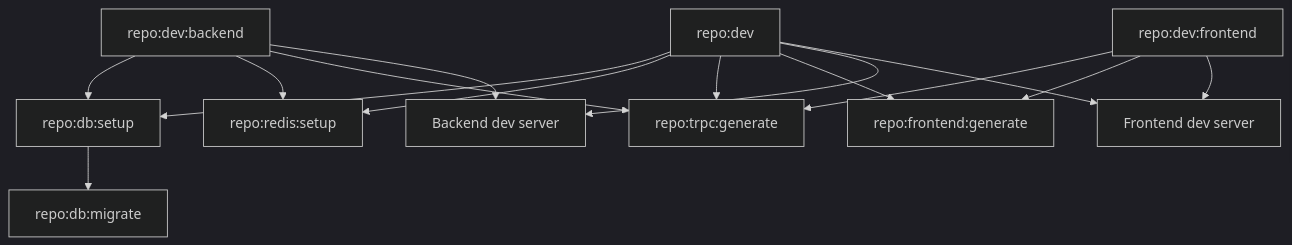
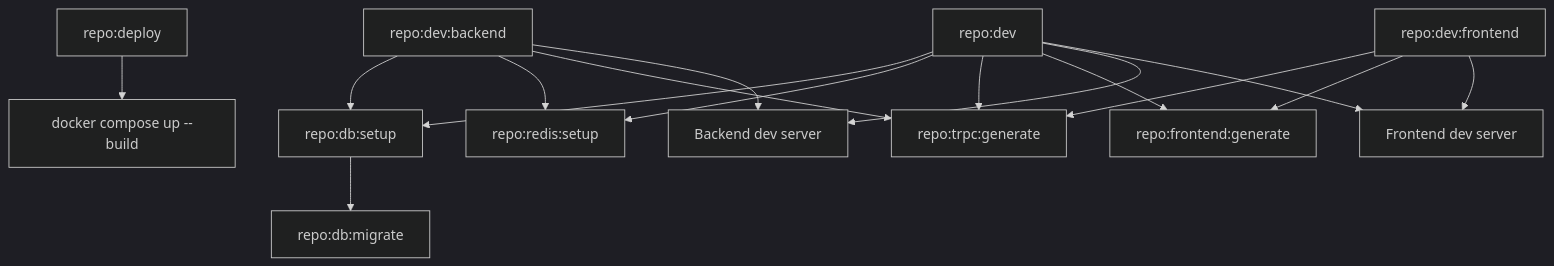
The diagram in docs/TOOLING.md (DidiWalakutty/Transcendence), drawn with Mermaid (dark theme) before and after one commit. The commit also changed other lines of this file and 4 other files, not shown here.

````diff
--- a/docs/TOOLING.md
+++ b/docs/TOOLING.md
@@ -83,31 +79,34 @@
 ```mermaid
 flowchart TD
     DEV["repo:dev"]
+    DEPLOY["repo:deploy"]
     DEV_BACKEND["repo:dev:backend"]
     DEV_FRONTEND["repo:dev:frontend"]
+    COMPOSE["docker compose up --build"]
     DB_SETUP["repo:db:setup"]
     REDIS_SETUP["repo:redis:setup"]
     DB_MIGRATE["repo:db:migrate"]
     TRPC["repo:trpc:generate"]
     FRONTEND_GEN["repo:frontend:generate"]
     BACKEND["Backend dev server"]
     FRONTEND["Frontend dev server"]
 
     DEV --> DB_SETUP
     DEV --> REDIS_SETUP
     DEV --> TRPC
     DEV --> FRONTEND_GEN
     DEV --> BACKEND
     DEV --> FRONTEND
 
     DEV_BACKEND --> DB_SETUP
     DEV_BACKEND --> REDIS_SETUP
     DEV_BACKEND --> TRPC
     DEV_BACKEND --> BACKEND
 
     DEV_FRONTEND --> TRPC
     DEV_FRONTEND --> FRONTEND_GEN
     DEV_FRONTEND --> FRONTEND
 
     DB_SETUP --> DB_MIGRATE
+    DEPLOY --> COMPOSE
 ```
````
